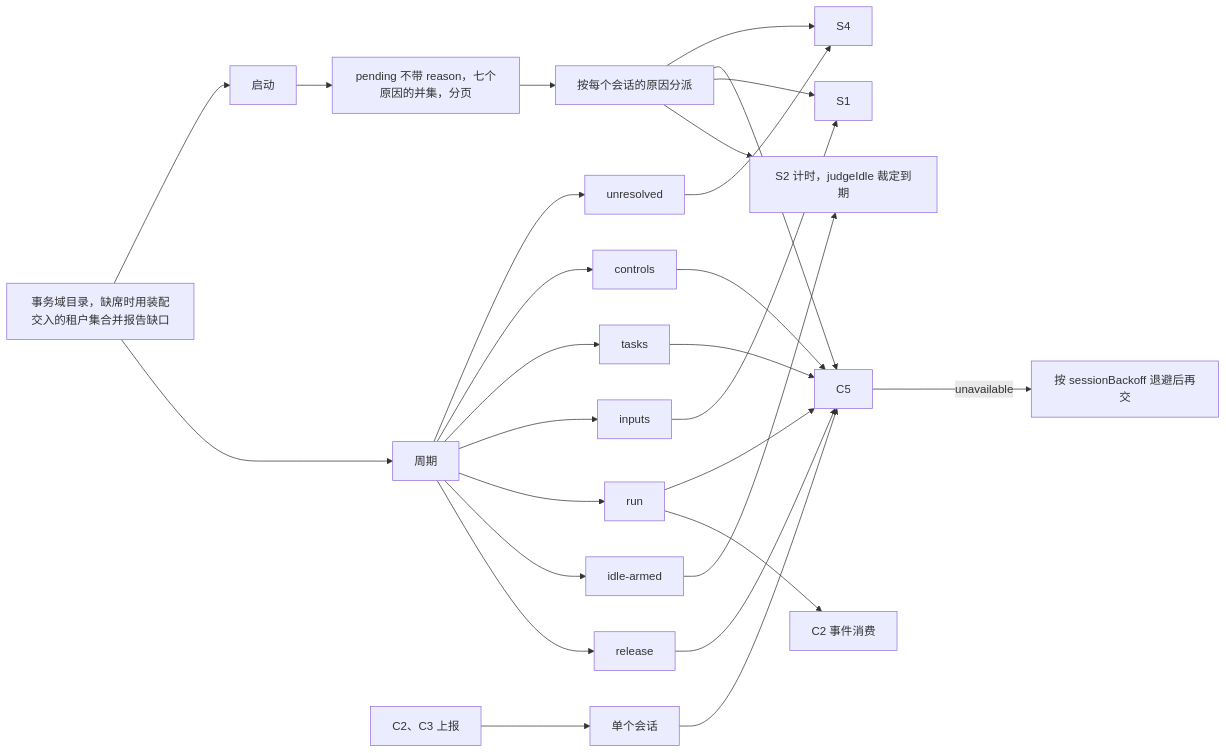
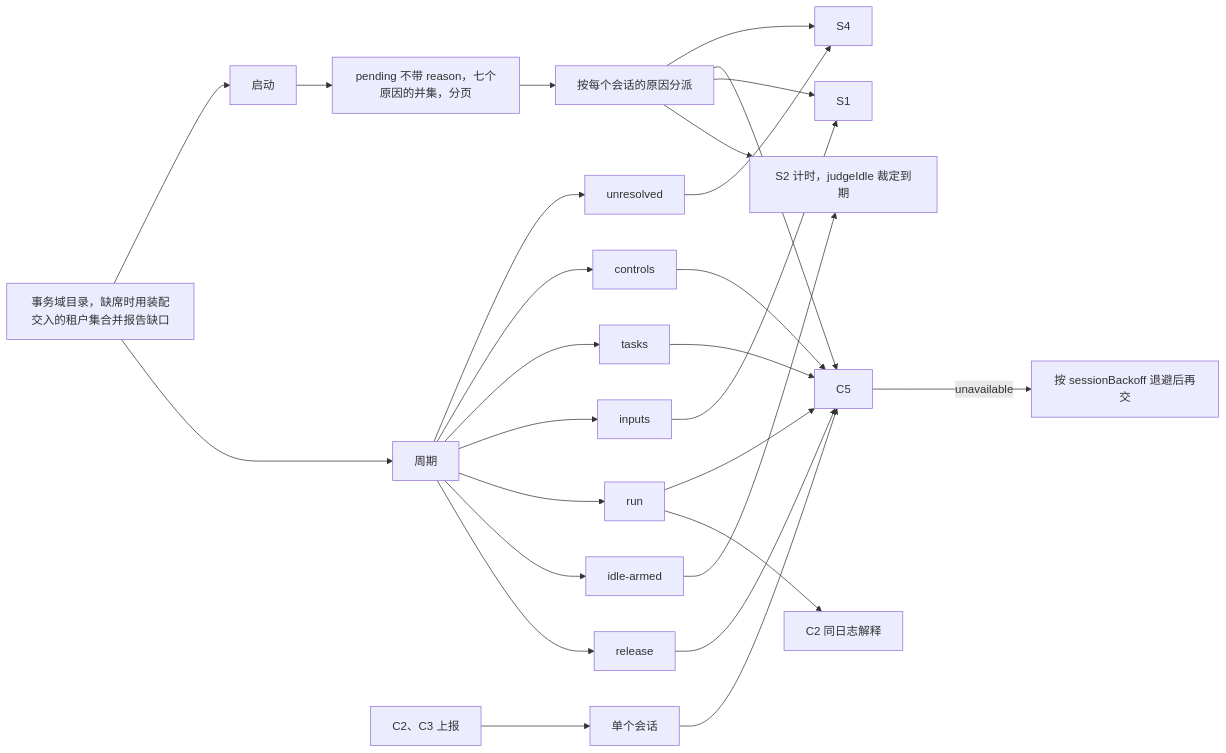
One commit to nemori-ai/omne-harness-lite changed diagram 12 of 15 in packages/session/session/docs/flows.md. Above: the diagram before and after it, drawn with Mermaid. The commit also changed other lines of this file and 28 other files, not shown here.

````diff
--- a/packages/session/session/docs/flows.md
+++ b/packages/session/session/docs/flows.md
@@ -315,20 +314,20 @@
 ```mermaid
 flowchart LR
     Dir[事务域目录，缺席时用装配交入的租户集合并报告缺口] --> B
     Dir --> P
     B[启动] --> All[pending 不带 reason，七个原因的并集，分页] --> Disp[按每个会话的原因分派]
     P[周期] --> R1[unresolved] --> S4[S4]
     P --> R2[controls] --> C5[C5]
     P --> R3[tasks] --> C5
     P --> R6[inputs] --> S1[S1]
     P --> R7[run] --> C5
-    R7 --> C2[C2 事件消费]
+    R7 --> C2[C2 同日志解释]
     P --> R4[idle-armed] --> S2[S2 计时，judgeIdle 裁定到期]
     P --> R5[release] --> C5
     Disp --> S4
     Disp --> C5
     Disp --> S1
     Disp --> S2
     U[C2、C3 上报] --> One[单个会话] --> C5
     C5 -->|unavailable| BO[按 sessionBackoff 退避后再交]
 ```
````
